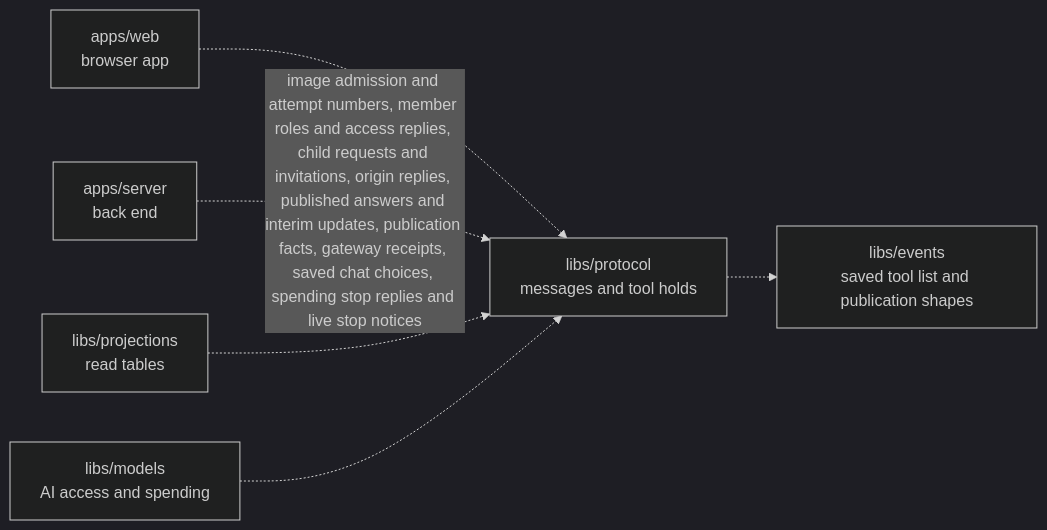
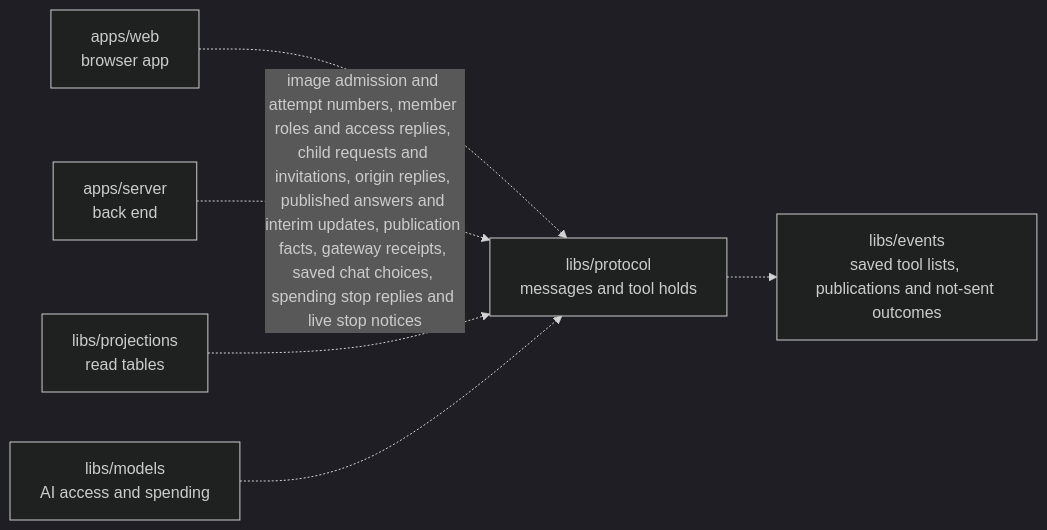
Before and after one commit to elewa-git/opencrane-new: the diagram in libs/protocol/README.md, drawn with Mermaid (dark theme). The commit also changed other lines of this file and 13 other files, not shown here.

````diff
--- a/libs/protocol/README.md
+++ b/libs/protocol/README.md
@@ -11,8 +11,8 @@
 ```mermaid
 flowchart LR
   web["apps/web<br/>browser app"] -.-> protocol["libs/protocol<br/>messages and tool holds"]
   server["apps/server<br/>back end"] -.->|image admission and attempt numbers, member roles and access replies, child requests and invitations, origin replies, published answers and interim updates, publication facts, gateway receipts, saved chat choices, spending stop replies and live stop notices| protocol
   projections["libs/projections<br/>read tables"] -.-> protocol
   models["libs/models<br/>AI access and spending"] -.-> protocol
-  protocol -.-> events["libs/events<br/>saved tool list and publication shapes"]
+  protocol -.-> events["libs/events<br/>saved tool lists, publications and not-sent outcomes"]
 ```
````
